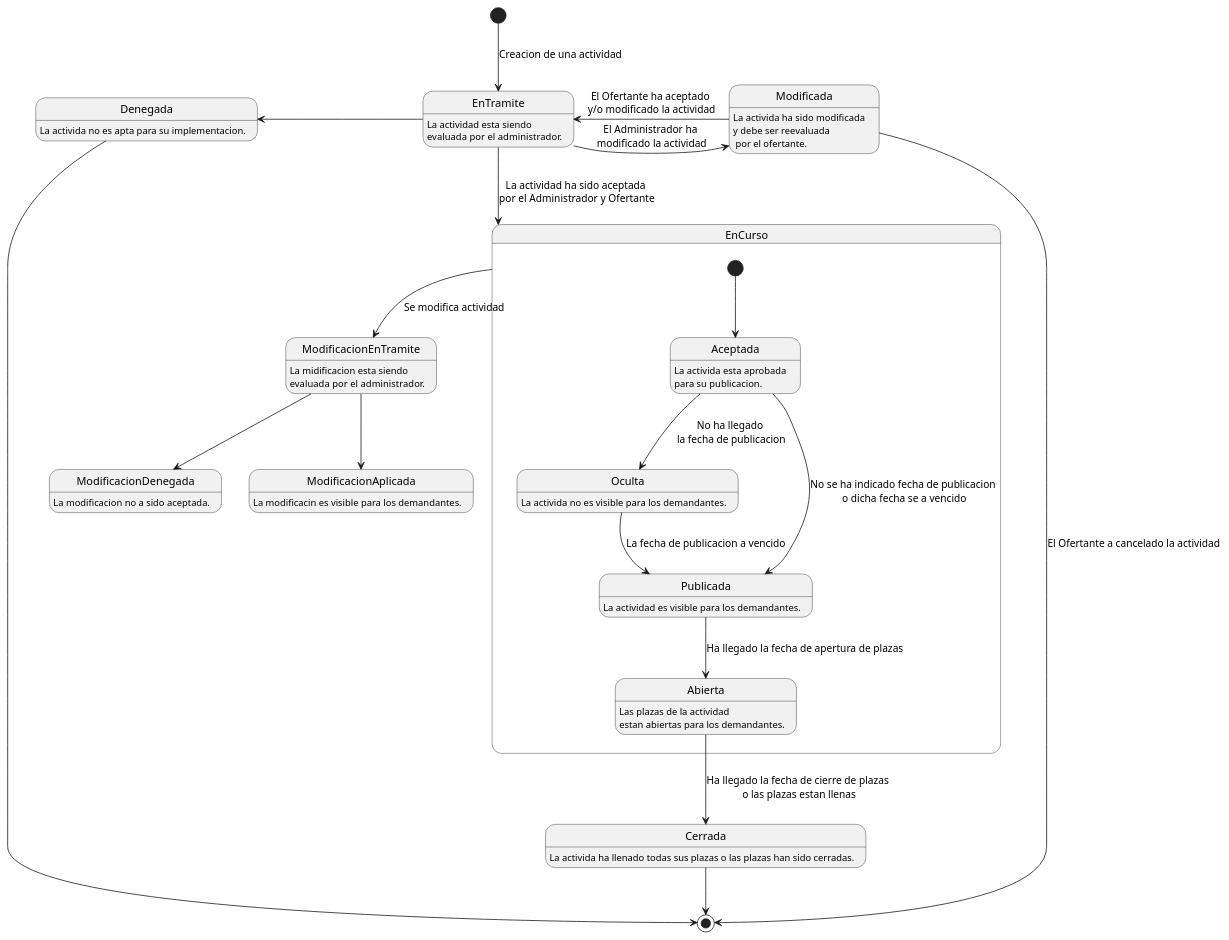
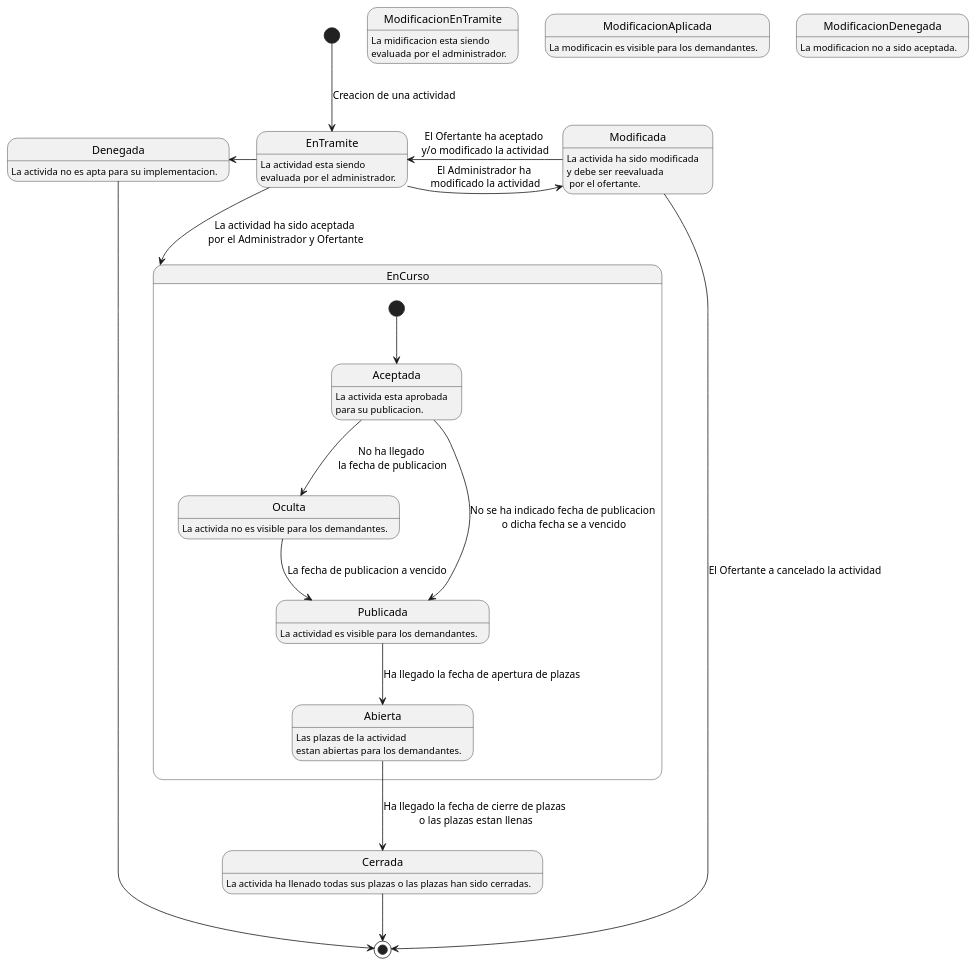
One commit to CarlosRA97/AprendizajeServicioVoluntario changed the diagram in uml/estados_de_actividad.puml. Above: the diagram before and after it, drawn with PlantUML.

Commit message:
Ooooooufff
https://encrypted-tbn0.gstatic.com/images?q=tbn%3AANd9GcTokWFLw85cZFFWbg2ghza4rS5ySG-iRedtEsQcSgqs42VBeUrA&usqp=CAU

```diff
--- a/uml/estados_de_actividad.puml
+++ b/uml/estados_de_actividad.puml
@@ -1,48 +1,46 @@
 @startuml estados_de_actividad
 
 ' Estados principales
 state EnTramite     : La actividad esta siendo \nevaluada por el administrador.
 state Modificada    : La activida ha sido modificada \ny debe ser reevaluada \n por el ofertante.
 state Denegada      : La activida no es apta para su implementacion.
 state Cerrada       : La activida ha llenado todas sus plazas o las plazas han sido cerradas.
 
 ' Estados de modificacion
 state ModificacionEnTramite : La midificacion esta siendo \nevaluada por el administrador.
 state ModificacionAplicada : La modificacin es visible para los demandantes.
 state ModificacionDenegada : La modificacion no a sido aceptada.
 
 ' Diagrama Principal
 [*] --> EnTramite : Creacion de una actividad
 EnTramite -left-> Denegada
 EnTramite -right-> Modificada : El Administrador ha \nmodificado la actividad
 EnTramite --> EnCurso : La actividad ha sido aceptada \npor el Administrador y Ofertante
 
 Modificada -left-> EnTramite : El Ofertante ha aceptado \ny/o modificado la actividad
 
 state EnCurso {
     state Aceptada      : La activida esta aprobada \npara su publicacion.
     state Oculta        : La activida no es visible para los demandantes.
     state Publicada     : La actividad es visible para los demandantes.
     state Abierta       : Las plazas de la actividad \nestan abiertas para los demandantes.
 
     [*] --> Aceptada
     Aceptada --> Oculta : No ha llegado \nla fecha de publicacion
     Aceptada --> Publicada : No se ha indicado fecha de publicacion \no dicha fecha se a vencido
 
     Oculta --> Publicada : La fecha de publicacion a vencido
 
     Publicada --> Abierta : Ha llegado la fecha de apertura de plazas
 }
 
 Abierta --> Cerrada : Ha llegado la fecha de cierre de plazas \no las plazas estan llenas
 
 
 Modificada --> [*] : El Ofertante a cancelado la actividad
 Cerrada --> [*]
 Denegada --> [*]
 
-EnCurso --> ModificacionEnTramite : Se modifica actividad
-ModificacionEnTramite --> ModificacionAplicada
-ModificacionEnTramite --> ModificacionDenegada
+
 
 @enduml
```
